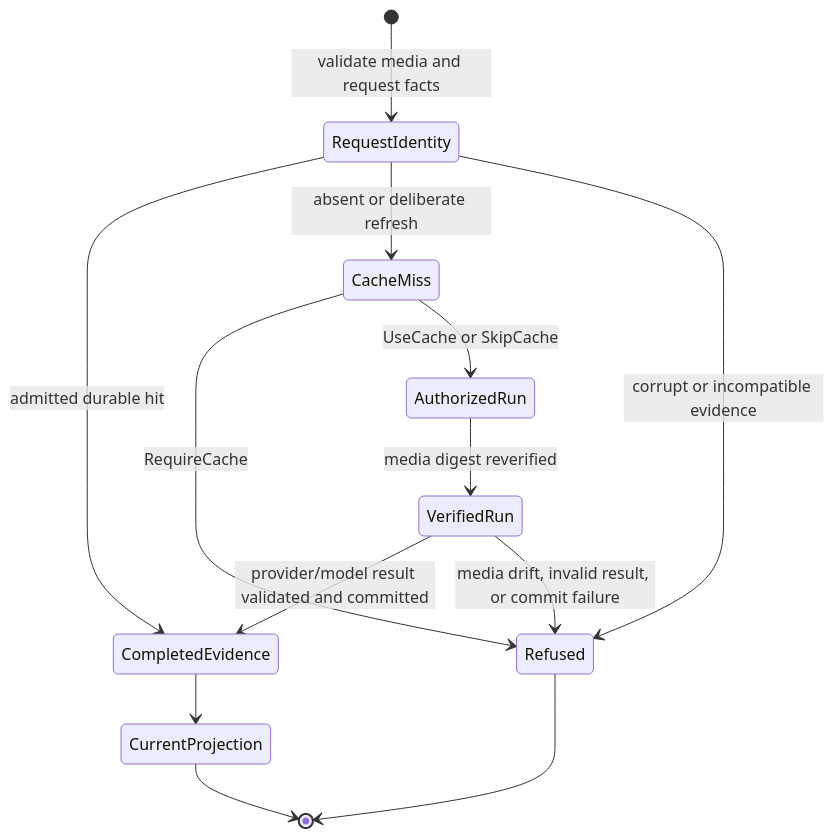
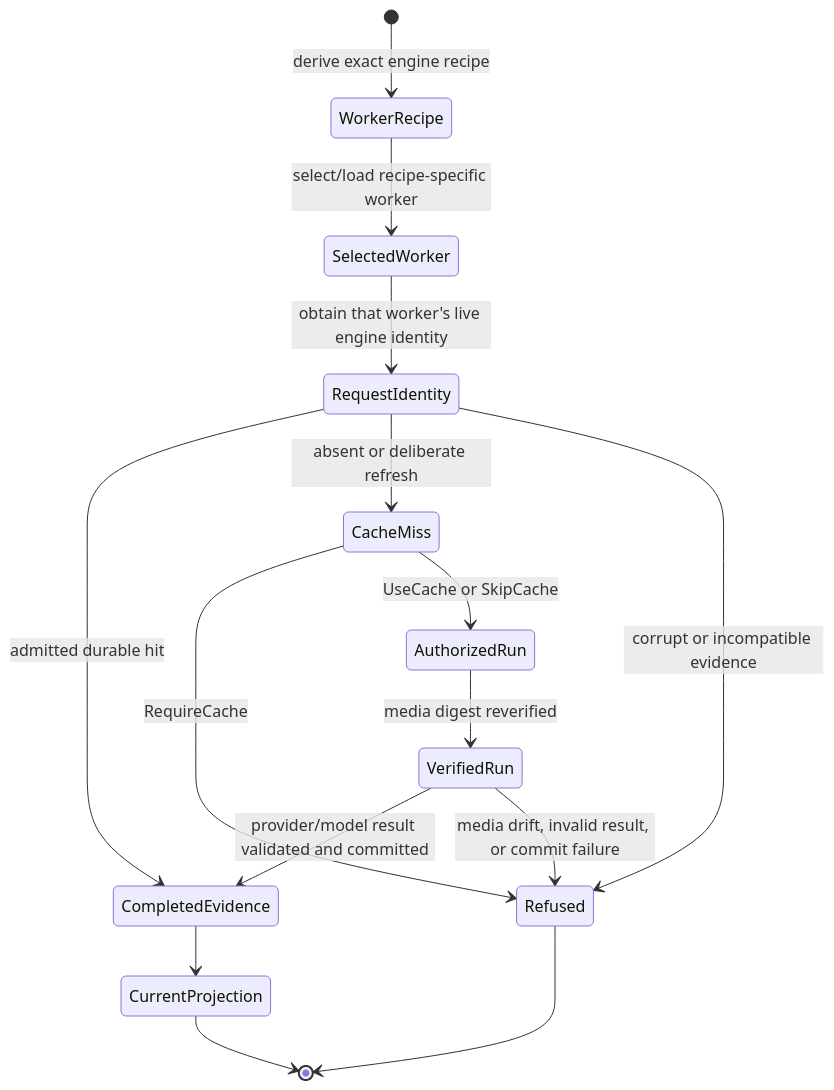
One commit to TalkBank/talkbank-tools changed the second of 5 diagrams in book/src/batchalign/architecture/evidence-replay-experiments.md. Above: the diagram before and after it, drawn with Mermaid. The commit also changed other lines of this file and 84 other files, not shown here.

````diff
--- a/book/src/batchalign/architecture/evidence-replay-experiments.md
+++ b/book/src/batchalign/architecture/evidence-replay-experiments.md
@@ -75,15 +106,17 @@
 ```mermaid
 stateDiagram-v2
-    [*] --> RequestIdentity: validate media and request facts
+    [*] --> WorkerRecipe: derive exact engine recipe
+    WorkerRecipe --> SelectedWorker: select/load recipe-specific worker
+    SelectedWorker --> RequestIdentity: obtain that worker's live engine identity
     RequestIdentity --> CompletedEvidence: admitted durable hit
     RequestIdentity --> CacheMiss: absent or deliberate refresh
     RequestIdentity --> Refused: corrupt or incompatible evidence
     CacheMiss --> Refused: RequireCache
     CacheMiss --> AuthorizedRun: UseCache or SkipCache
     AuthorizedRun --> VerifiedRun: media digest reverified
     VerifiedRun --> CompletedEvidence: provider/model result validated and committed
     VerifiedRun --> Refused: media drift, invalid result, or commit failure
     CompletedEvidence --> CurrentProjection
     CurrentProjection --> [*]
     Refused --> [*]
 ```
````
